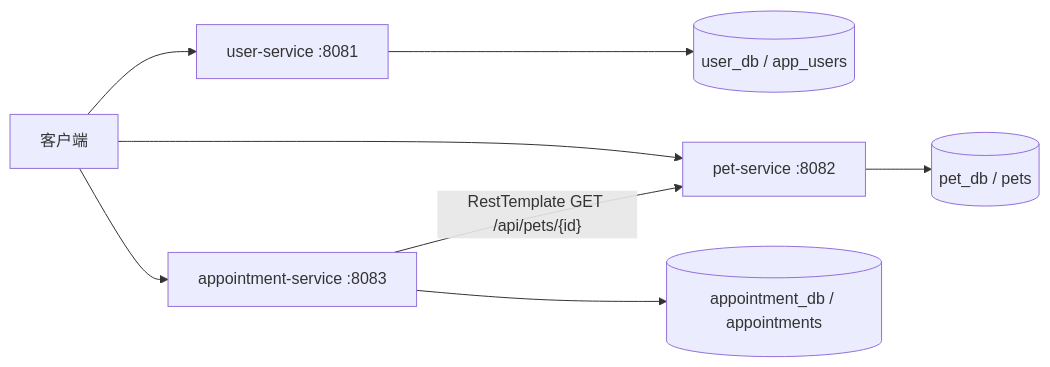
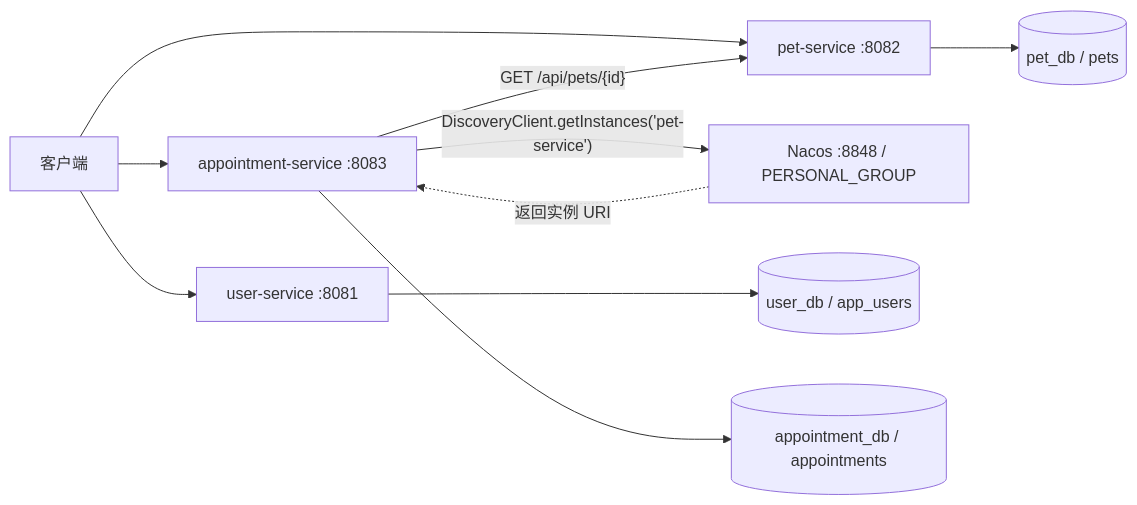
Before and after one commit to sigle1/microservices-practice-2412190531: the diagram in docs/microservices-design.md, drawn with Mermaid. The commit also changed other lines of this file and 28 other files, not shown here.

Commit message:
feat: add Nacos service discovery for week 07

````diff
--- a/docs/microservices-design.md
+++ b/docs/microservices-design.md
@@ -19,10 +19,12 @@
 ```mermaid
 flowchart LR
     C[客户端] --> U[user-service :8081]
     C --> P[pet-service :8082]
     C --> A[appointment-service :8083]
-    A -- RestTemplate GET /api/pets/{id} --> P
+    A -- "DiscoveryClient.getInstances('pet-service')" --> N[Nacos :8848 / PERSONAL_GROUP]
+    N -. 返回实例 URI .-> A
+    A -- "GET /api/pets/{id}" --> P
     U --> UDB[(user_db / app_users)]
     P --> PDB[(pet_db / pets)]
     A --> ADB[(appointment_db / appointments)]
 ```
````
